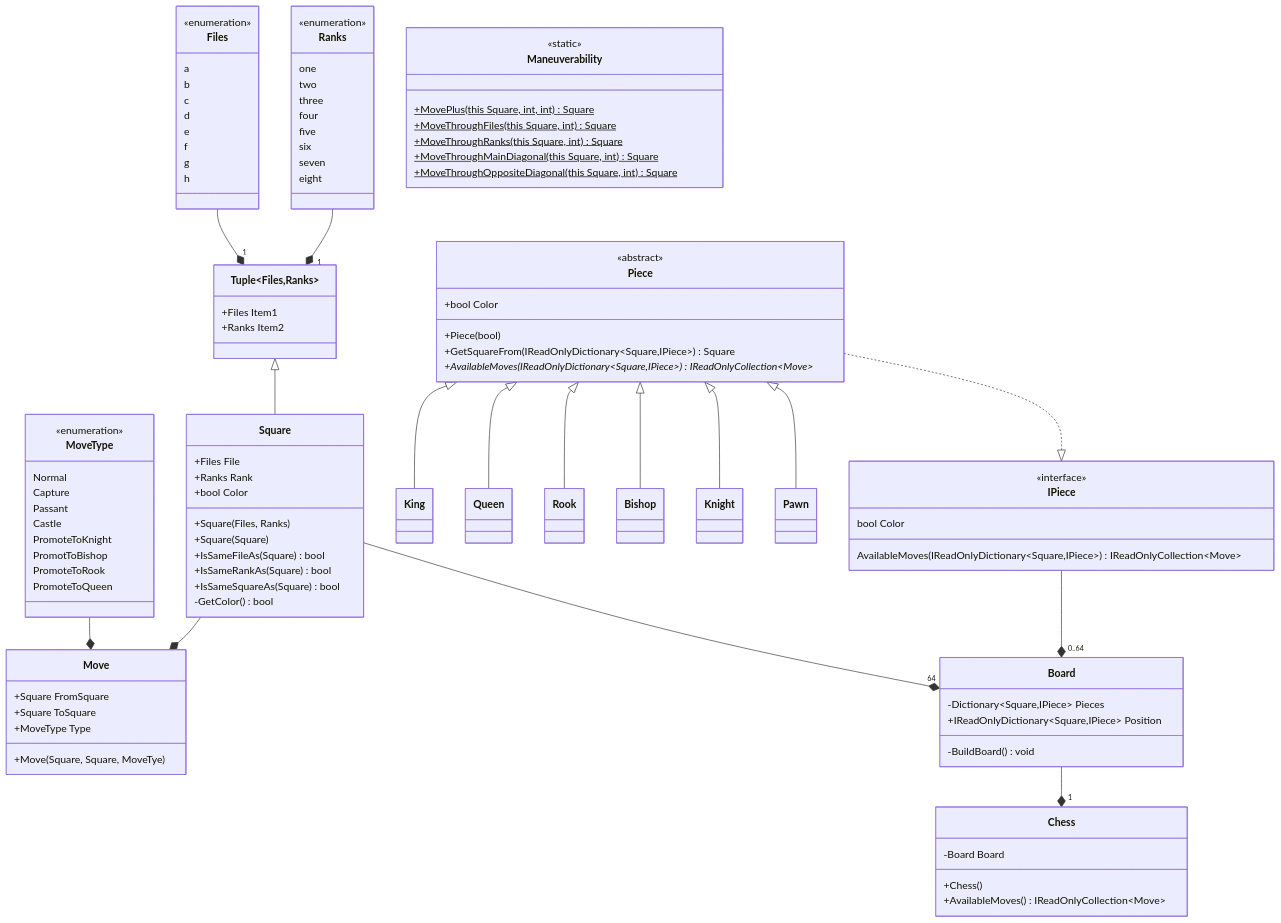
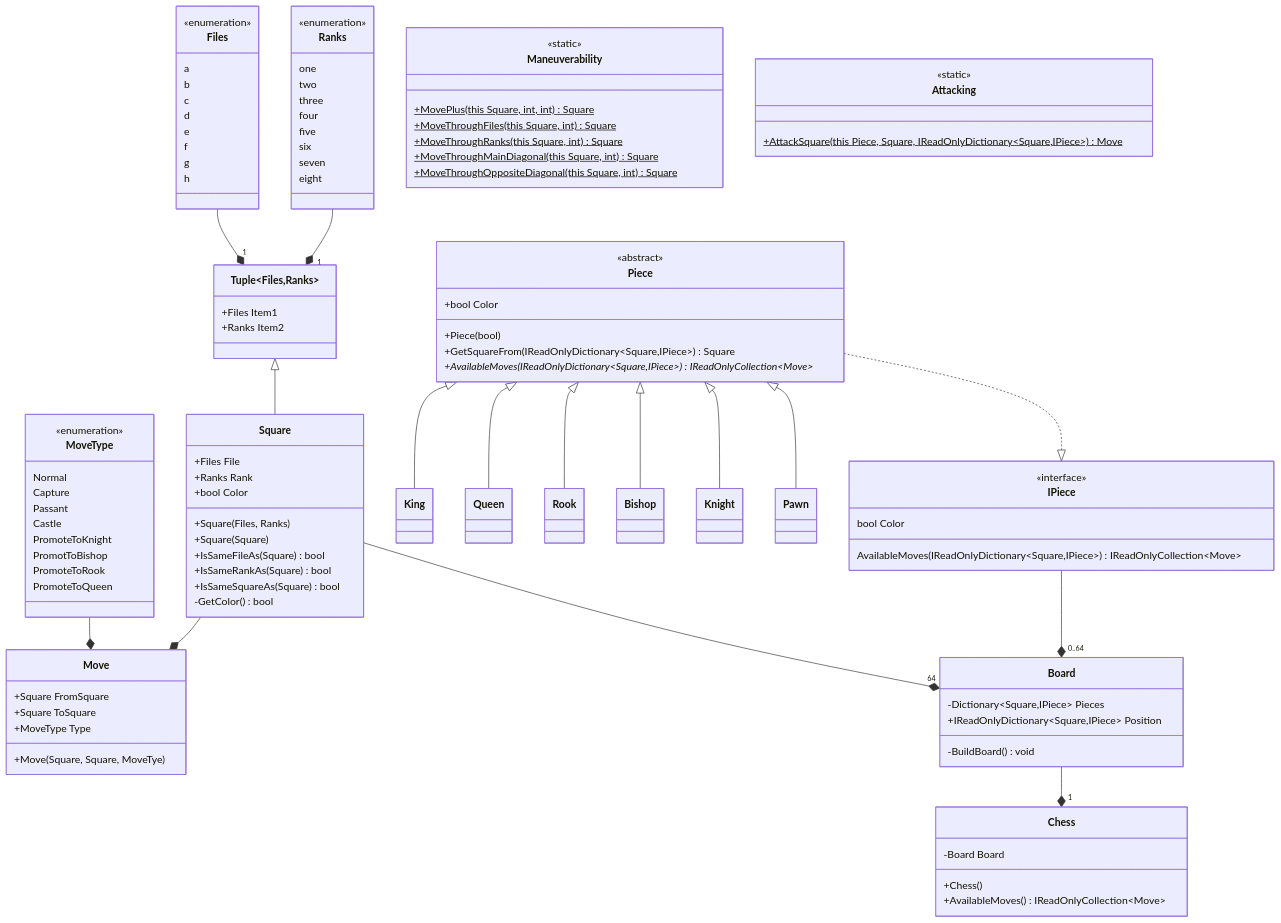
Before and after one commit to JeanLColombo/Mate: the diagram in UML Diagram/Core/Core.md, drawn with Mermaid. The commit also changed 5 other files, not shown here.

```diff
--- a/UML Diagram/Core/Core.md
+++ b/UML Diagram/Core/Core.md
@@ -96,6 +96,10 @@
         +MoveThroughMainDiagonal(this Square, int)$ Square
         +MoveThroughOppositeDiagonal(this Square, int)$ Square
     }
+    class Attacking{
+        <<static>>
+        +AttackSquare(this Piece, Square, IReadOnlyDictionary~Square,IPiece~)$ Move
+    }
     Ranks --* "1"  Tuple~Files,Ranks~
     Files --* "1"  Tuple~Files,Ranks~
     Tuple~Files,Ranks~ <|-- Square
```
